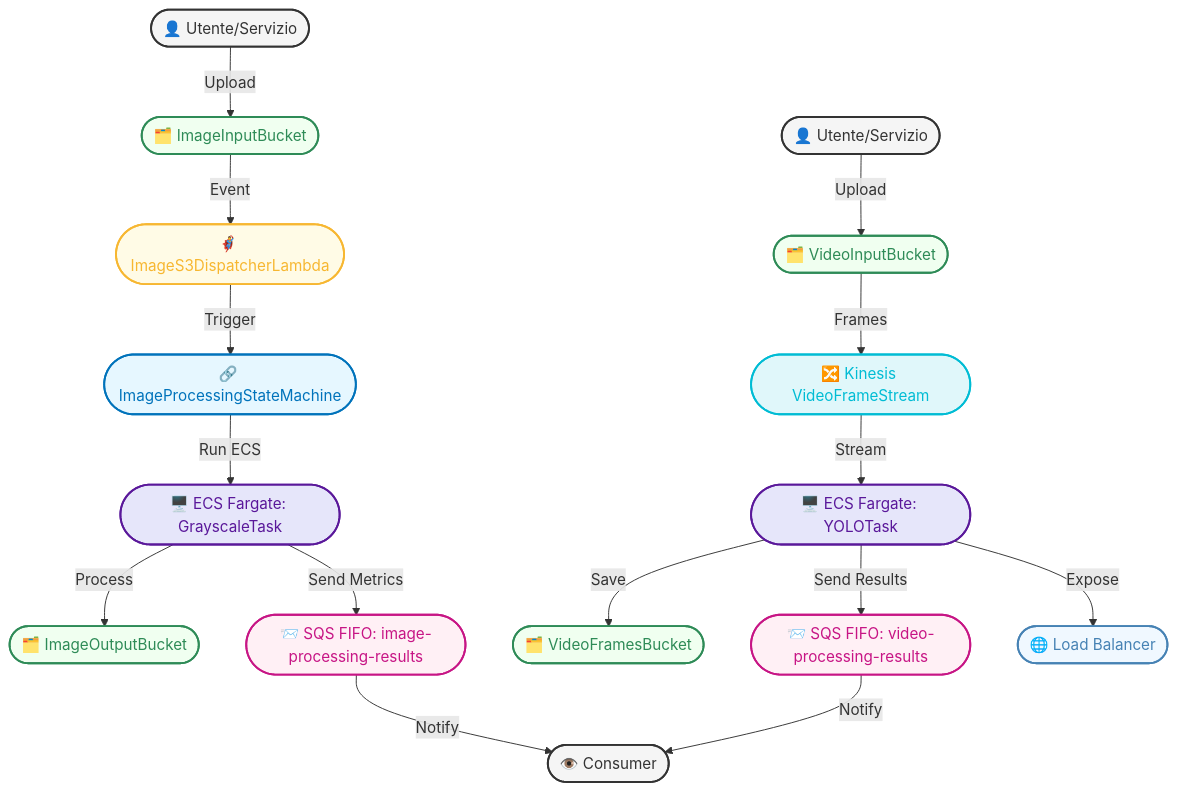
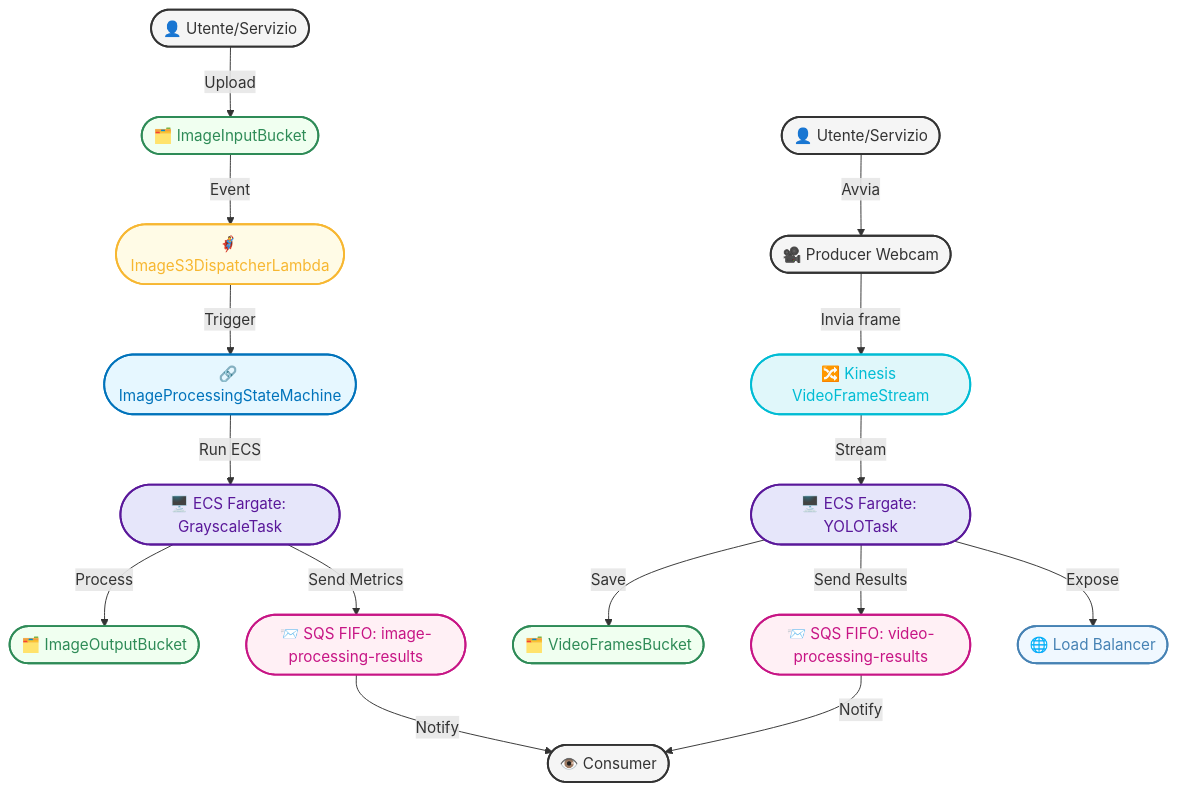
The first of 3 diagrams in hybrid_pipeline/README.md (PedemonteGiacomo/cv2kinesis), drawn with Mermaid before and after one commit. The commit also changed other lines of this file, not shown here.

Commit message:
Update README to clarify live video processing terminology and improve diagram descriptions

````diff
--- a/hybrid_pipeline/README.md
+++ b/hybrid_pipeline/README.md
@@ -13,52 +13,52 @@
 ```mermaid
 flowchart TD
     %% Legenda
     classDef aws fill:#f7f7f7,stroke:#232f3e,stroke-width:2px,color:#232f3e;
     classDef s3 fill:#f0fff0,stroke:#2e8b57,stroke-width:2px,color:#2e8b57;
     classDef lambda fill:#fffbe6,stroke:#f7b731,stroke-width:2px,color:#f7b731;
     classDef stepfn fill:#e6f7ff,stroke:#0073bb,stroke-width:2px,color:#0073bb;
     classDef ecs fill:#e6e6fa,stroke:#5a189a,stroke-width:2px,color:#5a189a;
     classDef kinesis fill:#e0f7fa,stroke:#00bcd4,stroke-width:2px,color:#00bcd4;
     classDef sqs fill:#fff0f5,stroke:#c71585,stroke-width:2px,color:#c71585;
     classDef lb fill:#f0f8ff,stroke:#4682b4,stroke-width:2px,color:#4682b4;
     classDef user fill:#f5f5f5,stroke:#333,stroke-width:2px,color:#333;
     classDef consumer fill:#f5f5f5,stroke:#333,stroke-width:2px,color:#333;
 
     %% Image Pipeline
     User1([👤 Utente/Servizio]):::user
     S3Input([🗂️ ImageInputBucket]):::s3
     LambdaDispatcher([🦸‍♂️ ImageS3DispatcherLambda]):::lambda
     StepFunc([🔗 ImageProcessingStateMachine]):::stepfn
     ECSGray([🖥️ ECS Fargate: GrayscaleTask]):::ecs
     S3Output([🗂️ ImageOutputBucket]):::s3
     SQSImage([📨 SQS FIFO: image-processing-results]):::sqs
 
     User1 --Upload--> S3Input
     S3Input --Event--> LambdaDispatcher
     LambdaDispatcher --Trigger--> StepFunc
     StepFunc --Run ECS--> ECSGray
     ECSGray --Process--> S3Output
     ECSGray --Send Metrics--> SQSImage
 
-    %% Video Pipeline
+    %% Live Video Pipeline
     User2([👤 Utente/Servizio]):::user
-    S3VideoInput([🗂️ VideoInputBucket]):::s3
+    Producer([🎥 Producer Webcam]):::user
     Kinesis([🔀 Kinesis VideoFrameStream]):::kinesis
     ECSYolo([🖥️ ECS Fargate: YOLOTask]):::ecs
     S3Frames([🗂️ VideoFramesBucket]):::s3
     SQSVideo([📨 SQS FIFO: video-processing-results]):::sqs
     LB([🌐 Load Balancer]):::lb
 
-    User2 --Upload--> S3VideoInput
-    S3VideoInput --Frames--> Kinesis
+    User2 --Avvia--> Producer
+    Producer --Invia frame--> Kinesis
     Kinesis --Stream--> ECSYolo
     ECSYolo --Save--> S3Frames
     ECSYolo --Send Results--> SQSVideo
     ECSYolo --Expose--> LB
 
     %% Consumer
     Consumer([👁️ Consumer]):::consumer
     SQSImage --Notify--> Consumer
     SQSVideo --Notify--> Consumer
 
 ```
````
